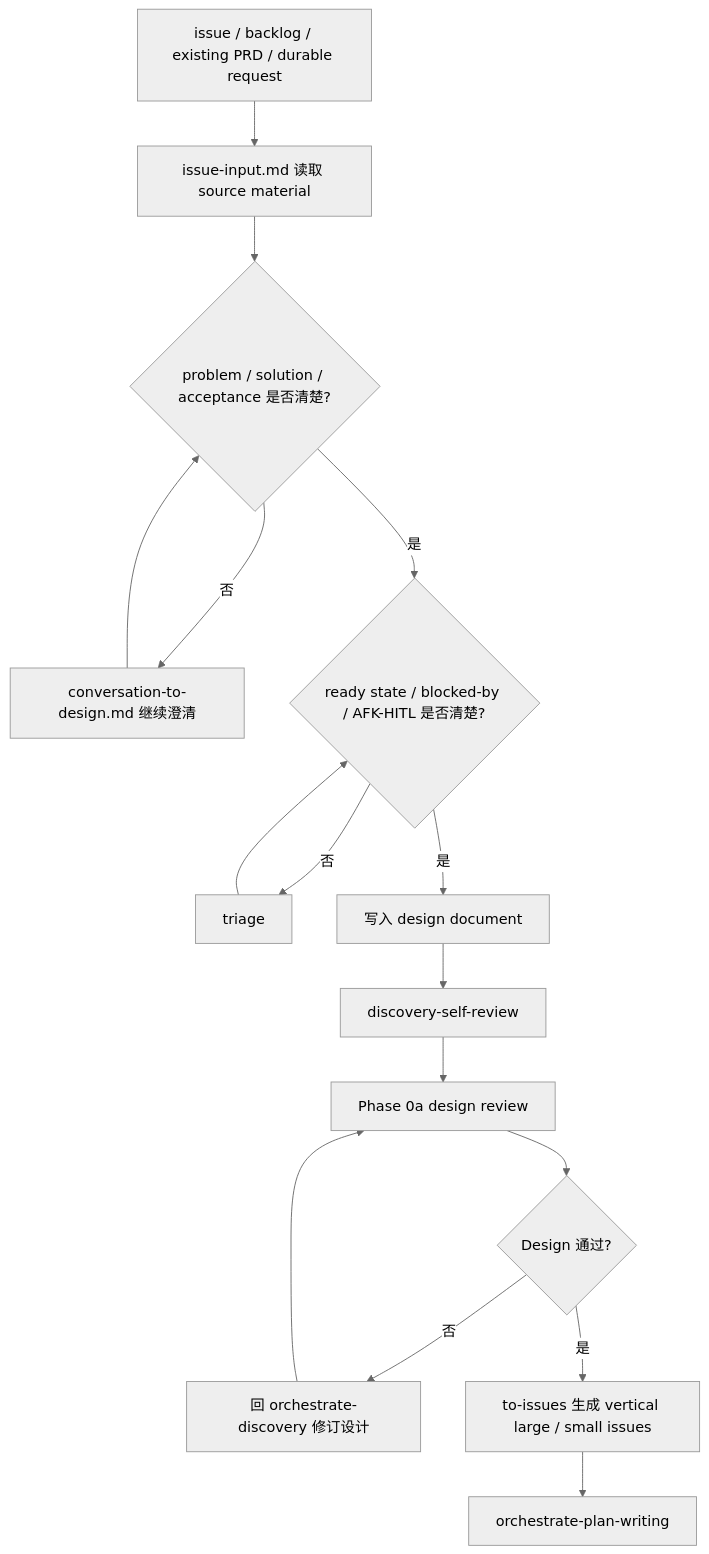
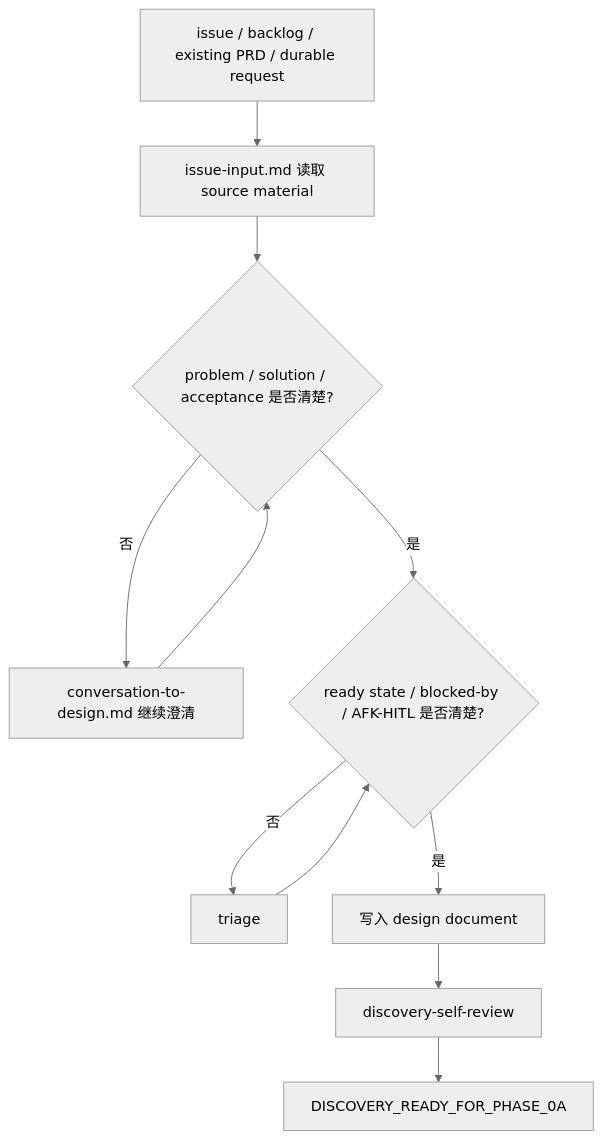
Before and after one commit to chancheuklap/multi-model-workflow: the diagram in .agents/skills/orchestrate-discovery/references/issue-input.md, drawn with Mermaid (neutral theme). The commit also changed 1 other file, not shown here.

Commit message:
docs(discovery): stop input flows at discovery verdict

````diff
--- a/.agents/skills/orchestrate-discovery/references/issue-input.md
+++ b/.agents/skills/orchestrate-discovery/references/issue-input.md
@@ -27,18 +27,13 @@
 ```mermaid
 flowchart TD
     A["issue / backlog / existing PRD / durable request"] --> B["issue-input.md 读取 source material"]
     B --> C{"problem / solution / acceptance 是否清楚?"}
     C -->|否| D["conversation-to-design.md 继续澄清"]
     D --> C
     C -->|是| E{"ready state / blocked-by / AFK-HITL 是否清楚?"}
     E -->|否| F["triage"]
     F --> E
     E -->|是| G["写入 design document"]
     G --> H["discovery-self-review"]
-    H --> I["Phase 0a design review"]
-    I --> J{"Design 通过?"}
-    J -->|否| K["回 orchestrate-discovery 修订设计"]
-    K --> I
-    J -->|是| L["to-issues 生成 vertical large / small issues"]
-    L --> M["orchestrate-plan-writing"]
+    H --> I["DISCOVERY_READY_FOR_PHASE_0A"]
 ```
````
